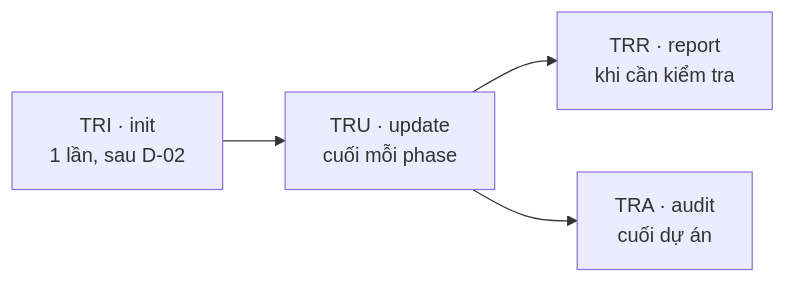
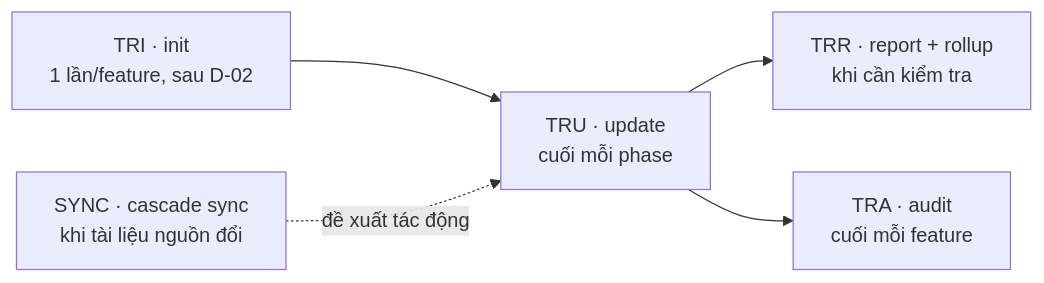
One commit to hanh9898/waterfall-bmad-method changed the first of 2 diagrams in docs/vi/how-to/manage-traceability.md. Above: the diagram before and after it, drawn with Mermaid. The commit also changed other lines of this file and 29 other files, not shown here.

First line of the commit message:
docs(hbc): đồng bộ toàn bộ tài liệu sang v2 (incremental per-feature + TDD)

````diff
--- a/docs/vi/how-to/manage-traceability.md
+++ b/docs/vi/how-to/manage-traceability.md
@@ -13,6 +32,7 @@
 ```mermaid
 flowchart LR
-    TRI["TRI · init<br/>1 lần, sau D-02"] --> TRU["TRU · update<br/>cuối mỗi phase"]
-    TRU --> TRR["TRR · report<br/>khi cần kiểm tra"]
-    TRU --> TRA["TRA · audit<br/>cuối dự án"]
+    TRI["TRI · init<br/>1 lần/feature, sau D-02"] --> TRU["TRU · update<br/>cuối mỗi phase"]
+    TRU --> TRR["TRR · report + rollup<br/>khi cần kiểm tra"]
+    TRU --> TRA["TRA · audit<br/>cuối mỗi feature"]
+    SYNC["SYNC · cascade sync<br/>khi tài liệu nguồn đổi"] -.đề xuất tác động.-> TRU
 ```
````
